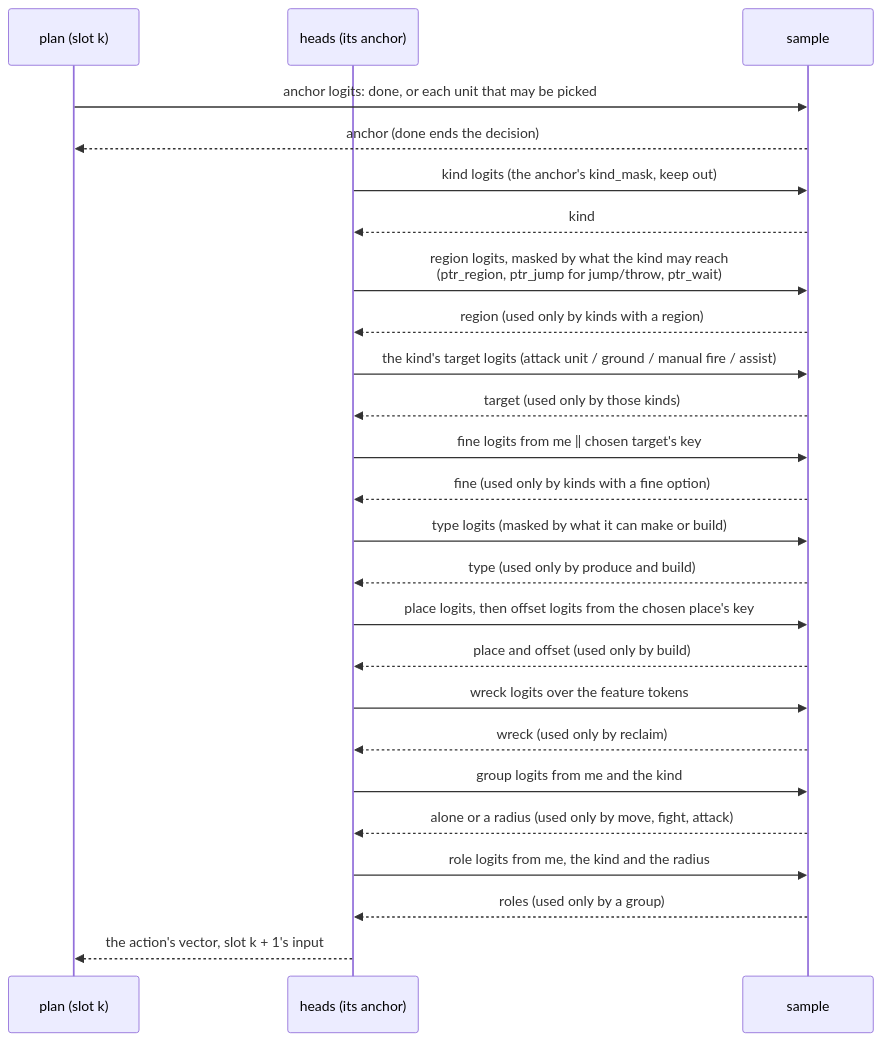
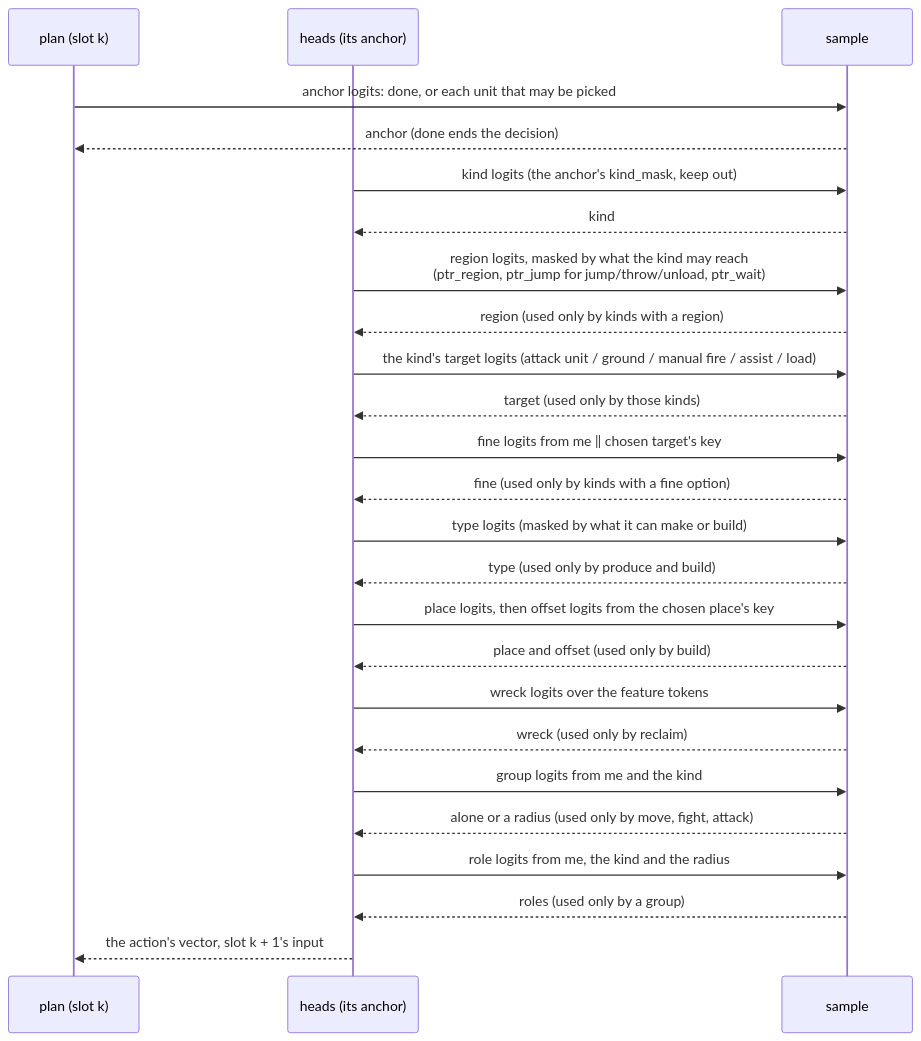
The eighth of 11 diagrams in docs/model.md (pts1667/zk-ArenaAI), drawn with Mermaid before and after one commit. The commit also changed other lines of this file and 55 other files, not shown here.

````diff
--- a/docs/model.md
+++ b/docs/model.md
@@ -329,27 +331,27 @@
 ```mermaid
 sequenceDiagram
     participant P as plan (slot k)
     participant H as heads (its anchor)
     participant S as sample
     P->>S: anchor logits: done, or each unit that may be picked
     S-->>P: anchor (done ends the decision)
     H->>S: kind logits (the anchor's kind_mask, keep out)
     S-->>H: kind
-    H->>S: region logits, masked by what the kind may reach<br/>(ptr_region, ptr_jump for jump/throw, ptr_wait)
+    H->>S: region logits, masked by what the kind may reach<br/>(ptr_region, ptr_jump for jump/throw/unload, ptr_wait)
     S-->>H: region (used only by kinds with a region)
-    H->>S: the kind's target logits (attack unit / ground / manual fire / assist)
+    H->>S: the kind's target logits (attack unit / ground / manual fire / assist / load)
     S-->>H: target (used only by those kinds)
     H->>S: fine logits from me ‖ chosen target's key
     S-->>H: fine (used only by kinds with a fine option)
     H->>S: type logits (masked by what it can make or build)
     S-->>H: type (used only by produce and build)
     H->>S: place logits, then offset logits from the chosen place's key
     S-->>H: place and offset (used only by build)
     H->>S: wreck logits over the feature tokens
     S-->>H: wreck (used only by reclaim)
     H->>S: group logits from me and the kind
     S-->>H: alone or a radius (used only by move, fight, attack)
     H->>S: role logits from me, the kind and the radius
     S-->>H: roles (used only by a group)
     H-->>P: the action's vector, slot k + 1's input
 ```
````
